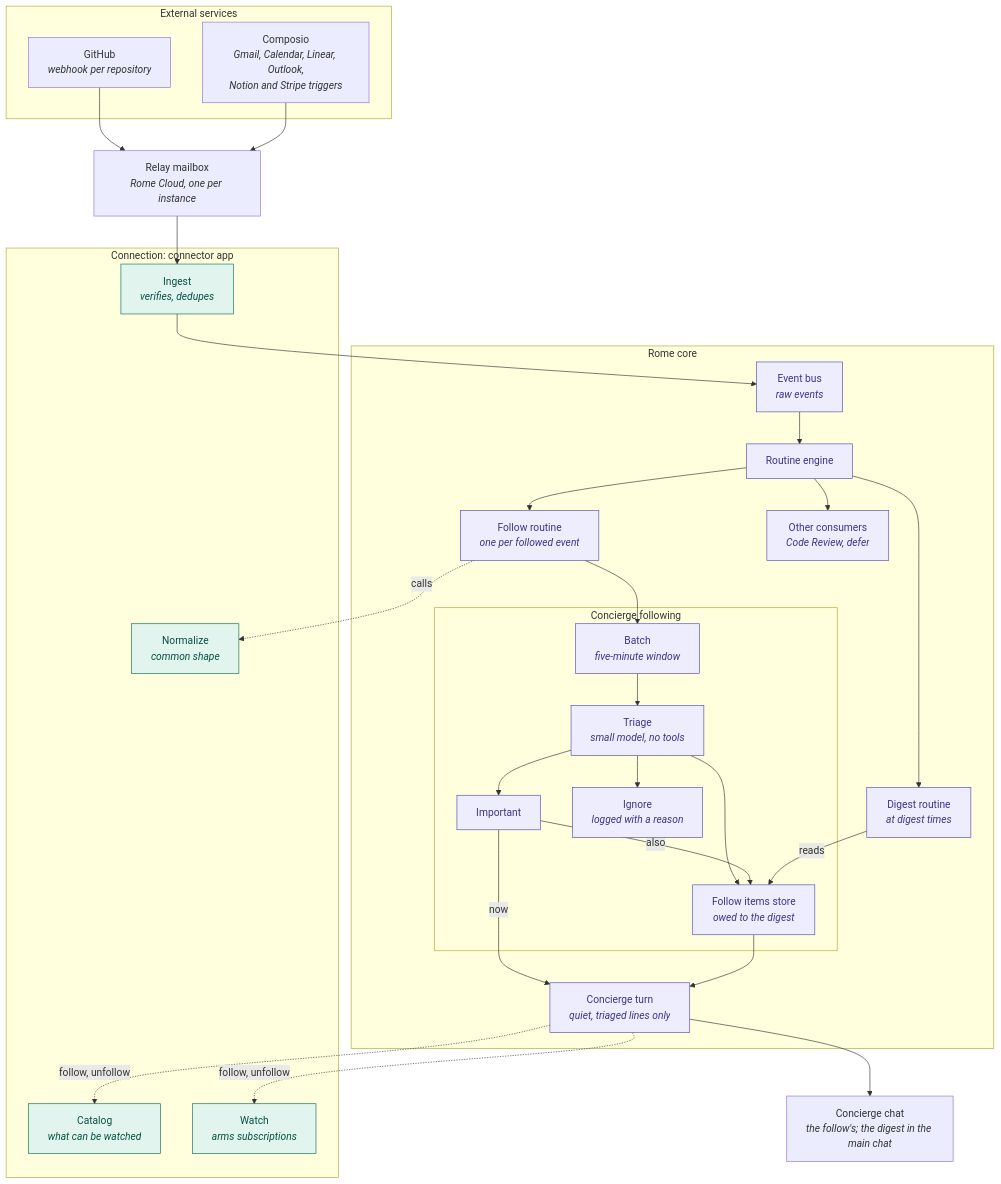
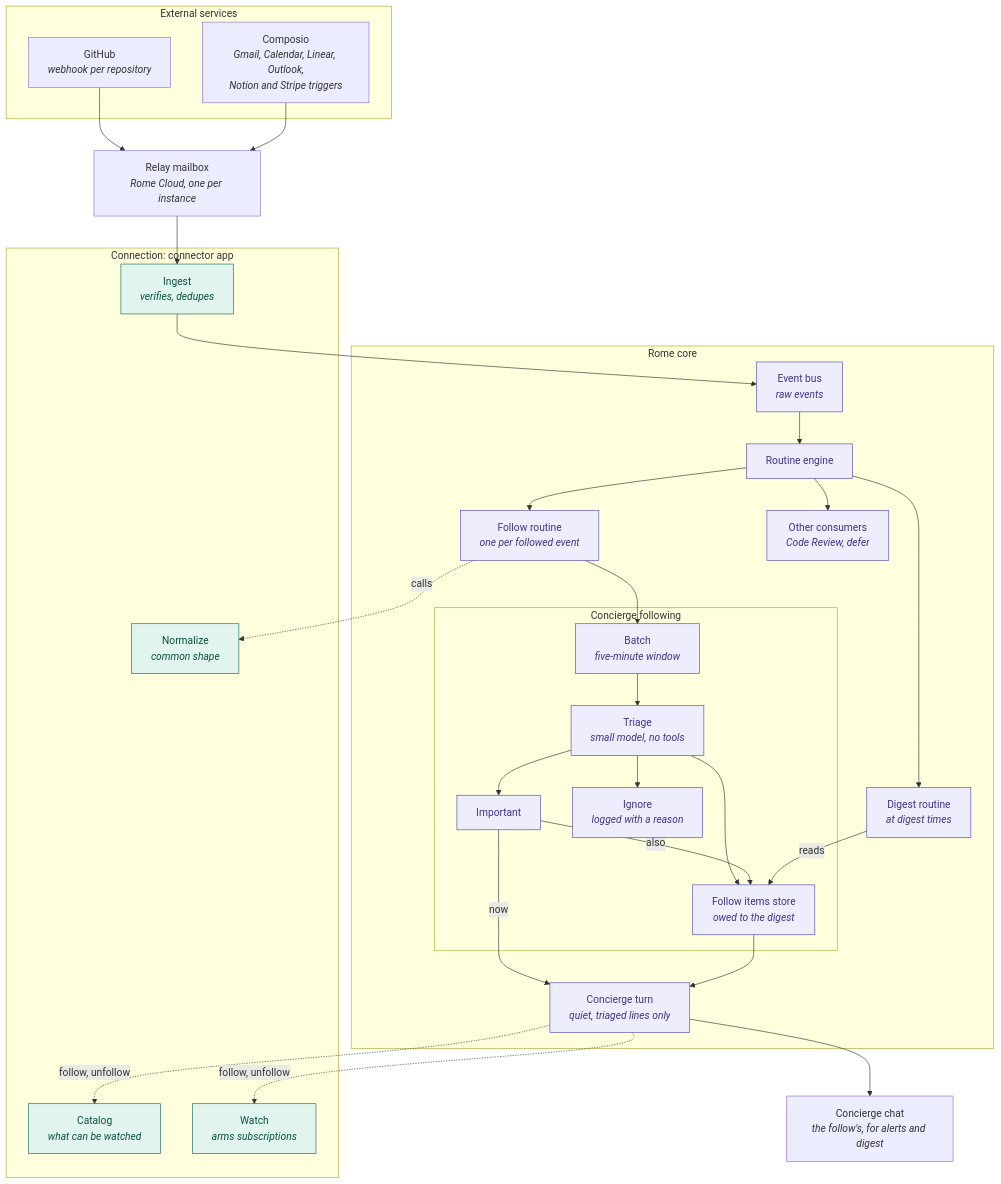
One commit to rome-os/rome changed the diagram in docs/architecture/concierge-following.md. Above: the diagram before and after it, drawn with Mermaid. The commit also changed other lines of this file and 10 other files, not shown here.

First line of the commit message:
feat(concierge): send each followed chat's digest to that chat (#1956)

````diff
--- a/docs/architecture/concierge-following.md
+++ b/docs/architecture/concierge-following.md
@@ -7,54 +7,54 @@
 ```mermaid
 flowchart TD
     subgraph External["External services"]
         GH["GitHub<br/><i>webhook per repository</i>"]
         CP["Composio<br/><i>Gmail, Calendar, Linear, Outlook,<br/>Notion and Stripe triggers</i>"]
     end
     Relay["Relay mailbox<br/><i>Rome Cloud, one per instance</i>"]
     subgraph Conn["Connection: connector app"]
         Catalog["Catalog<br/><i>what can be watched</i>"]
         Watch["Watch<br/><i>arms subscriptions</i>"]
         Ingest["Ingest<br/><i>verifies, dedupes</i>"]
         Normalize["Normalize<br/><i>common shape</i>"]
     end
     subgraph Core["Rome core"]
         Bus["Event bus<br/><i>raw events</i>"]
         Engine["Routine engine"]
         Follow["Follow routine<br/><i>one per followed event</i>"]
         DigestRoutine["Digest routine<br/><i>at digest times</i>"]
         Others["Other consumers<br/><i>Code Review, defer</i>"]
         subgraph Following["Concierge following"]
             Batch["Batch<br/><i>five-minute window</i>"]
             Triage["Triage<br/><i>small model, no tools</i>"]
             Important["Important"]
             Store["Follow items store<br/><i>owed to the digest</i>"]
             Ignore["Ignore<br/><i>logged with a reason</i>"]
         end
         Turn["Concierge turn<br/><i>quiet, triaged lines only</i>"]
     end
-    Chat["Concierge chat<br/><i>the follow's; the digest in the main chat</i>"]
+    Chat["Concierge chat<br/><i>the follow's, for alerts and digest</i>"]
 
     GH --> Relay
     CP --> Relay
     Relay --> Ingest --> Bus --> Engine
     Engine --> Follow
     Engine --> DigestRoutine
     Engine --> Others
     Follow -. calls .-> Normalize
     Follow --> Batch --> Triage
     Triage --> Important
     Triage --> Store
     Triage --> Ignore
     Important -- now --> Turn
     Important -- also --> Store
     DigestRoutine -- reads --> Store
     Store --> Turn
     Turn --> Chat
     Turn -. follow, unfollow .-> Catalog
     Turn -. follow, unfollow .-> Watch
 
     classDef conn fill:#E1F5EE,stroke:#0F6E56,color:#085041
     classDef core fill:#EEEDFE,stroke:#534AB7,color:#3C3489
     class Catalog,Watch,Ingest,Normalize conn
     class Bus,Engine,Follow,DigestRoutine,Others,Batch,Triage,Important,Store,Ignore,Turn core
 ```
````
